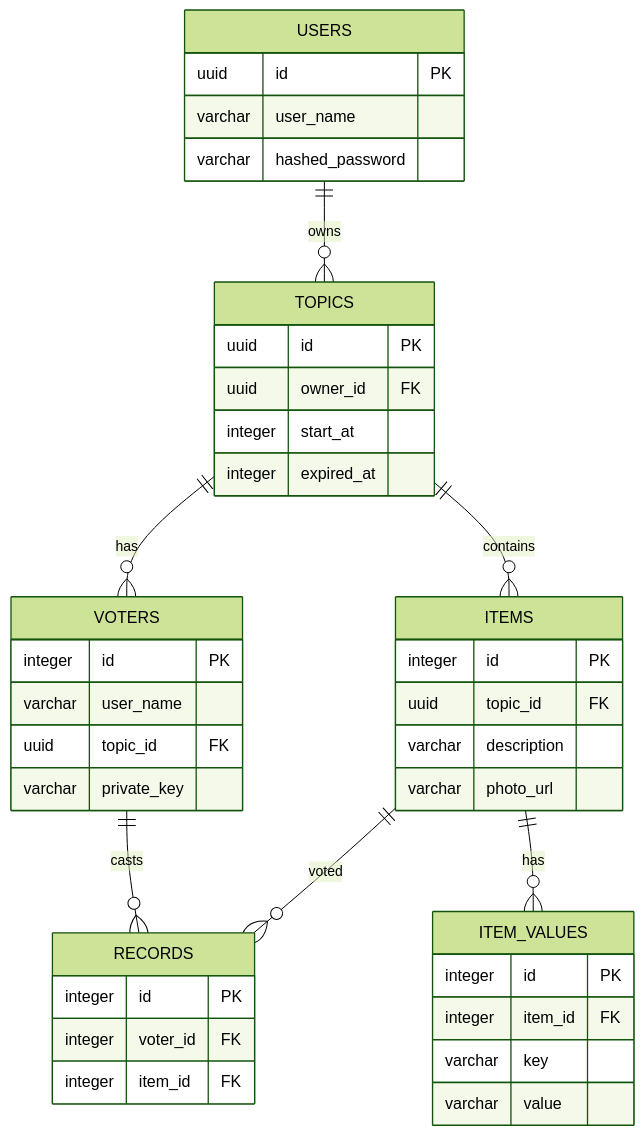
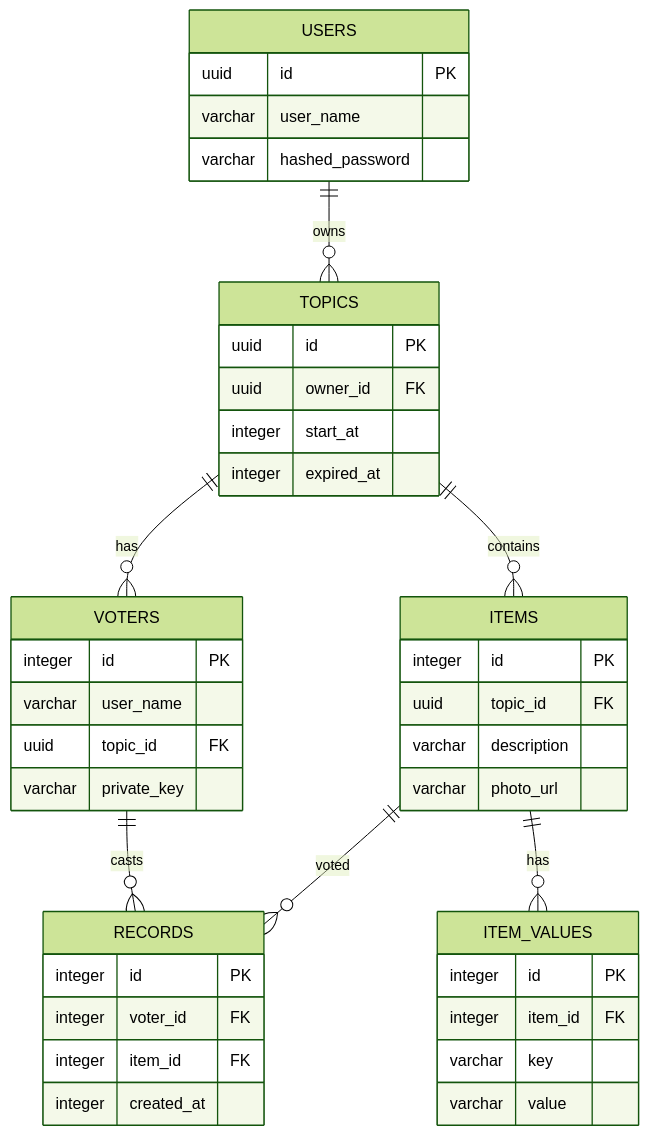
The diagram in docs/db_schema.md (zukigit/zukivote), drawn with Mermaid (forest theme) before and after one commit. The commit also changed other lines of this file, not shown here.

Commit message:
doc: added records.created_at as unix time type

````diff
--- a/docs/db_schema.md
+++ b/docs/db_schema.md
@@ -5,49 +5,50 @@
 ```mermaid
 erDiagram
     USERS {
         uuid id PK
         varchar user_name
         varchar hashed_password
     }
 
     TOPICS {
         uuid id PK
         uuid owner_id FK
         integer start_at
         integer expired_at
     }
 
     VOTERS {
         integer id PK
         varchar user_name
         uuid topic_id FK
         varchar private_key
     }
 
     ITEMS {
         integer id PK
         uuid topic_id FK
         varchar description
         varchar photo_url
     }
 
     ITEM_VALUES {
         integer id PK
         integer item_id FK
         varchar key
         varchar value
     }
 
     RECORDS {
         integer id PK
         integer voter_id FK
         integer item_id FK
+        integer created_at
     }
 
     USERS ||--o{ TOPICS : owns
     TOPICS ||--o{ VOTERS : has
     TOPICS ||--o{ ITEMS : contains
     ITEMS ||--o{ ITEM_VALUES : has
     VOTERS ||--o{ RECORDS : casts
     ITEMS ||--o{ RECORDS : voted
 ```
````
